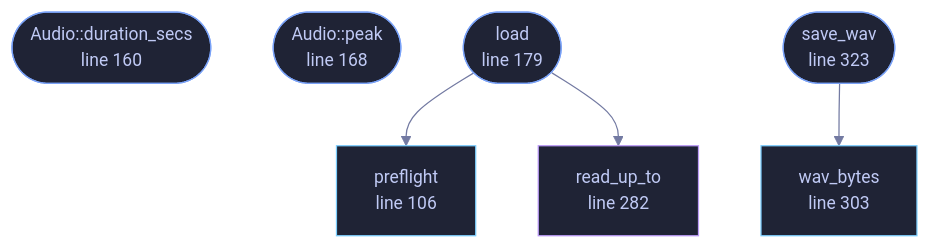
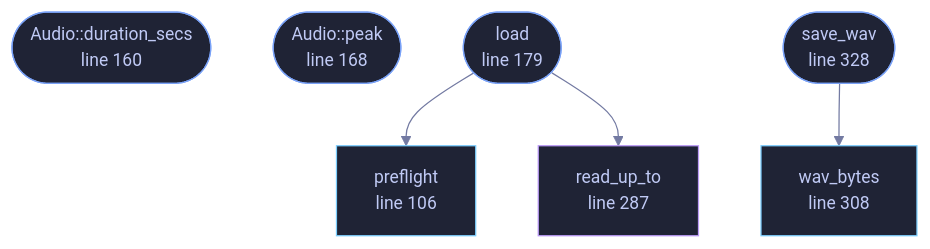
One commit to tilas01/veilvoice changed the diagram in docs/files/veilvoice-audio/io.md. Above: the diagram before and after it, drawn with Mermaid. The commit also changed other lines of this file and 137 other files, not shown here.

````diff
--- a/docs/files/veilvoice-audio/io.md
+++ b/docs/files/veilvoice-audio/io.md
@@ -111,27 +111,27 @@
 ```mermaid
 %%{init: {"theme":"base","themeVariables":{"background":"#1a1b26","primaryColor":"#1f2335","primaryTextColor":"#c0caf5","primaryBorderColor":"#7aa2f7","secondaryColor":"#16161e","tertiaryColor":"#16161e","lineColor":"#737aa2","textColor":"#c0caf5","mainBkg":"#1f2335","nodeBorder":"#7aa2f7","clusterBkg":"#16161e","clusterBorder":"#2f3549","fontFamily":"ui-monospace, SFMono-Regular, Consolas, monospace","fontSize":"14px"}}}%%
 flowchart TD
     n_preflight["preflight<br/>line 106"]
     n_duration_secs(["Audio::duration_secs<br/>line 160"])
     n_peak(["Audio::peak<br/>line 168"])
     n_load(["load<br/>line 179"])
-    n_read_up_to["read_up_to<br/>line 282"]
-    n_wav_bytes["wav_bytes<br/>line 303"]
-    n_save_wav(["save_wav<br/>line 323"])
+    n_read_up_to["read_up_to<br/>line 287"]
+    n_wav_bytes["wav_bytes<br/>line 308"]
+    n_save_wav(["save_wav<br/>line 328"])
     n_load --> n_preflight
     n_load --> n_read_up_to
     n_save_wav --> n_wav_bytes
     click n_preflight href "https://github.com/tilas01/veilvoice/blob/main/crates/veilvoice-audio/src/io.rs#L106" "open the source"
     click n_duration_secs href "https://github.com/tilas01/veilvoice/blob/main/crates/veilvoice-audio/src/io.rs#L160" "open the source"
     click n_peak href "https://github.com/tilas01/veilvoice/blob/main/crates/veilvoice-audio/src/io.rs#L168" "open the source"
     click n_load href "https://github.com/tilas01/veilvoice/blob/main/crates/veilvoice-audio/src/io.rs#L179" "open the source"
-    click n_read_up_to href "https://github.com/tilas01/veilvoice/blob/main/crates/veilvoice-audio/src/io.rs#L282" "open the source"
-    click n_wav_bytes href "https://github.com/tilas01/veilvoice/blob/main/crates/veilvoice-audio/src/io.rs#L303" "open the source"
-    click n_save_wav href "https://github.com/tilas01/veilvoice/blob/main/crates/veilvoice-audio/src/io.rs#L323" "open the source"
+    click n_read_up_to href "https://github.com/tilas01/veilvoice/blob/main/crates/veilvoice-audio/src/io.rs#L287" "open the source"
+    click n_wav_bytes href "https://github.com/tilas01/veilvoice/blob/main/crates/veilvoice-audio/src/io.rs#L308" "open the source"
+    click n_save_wav href "https://github.com/tilas01/veilvoice/blob/main/crates/veilvoice-audio/src/io.rs#L328" "open the source"
     classDef entry fill:#1f2335,stroke:#7aa2f7,color:#c0caf5
     class n_duration_secs,n_peak,n_load,n_save_wav entry
     classDef api fill:#1f2335,stroke:#7dcfff,color:#c0caf5
     class n_preflight,n_wav_bytes api
     classDef helper fill:#1f2335,stroke:#bb9af7,color:#c0caf5
     class n_read_up_to helper
 ```
````
